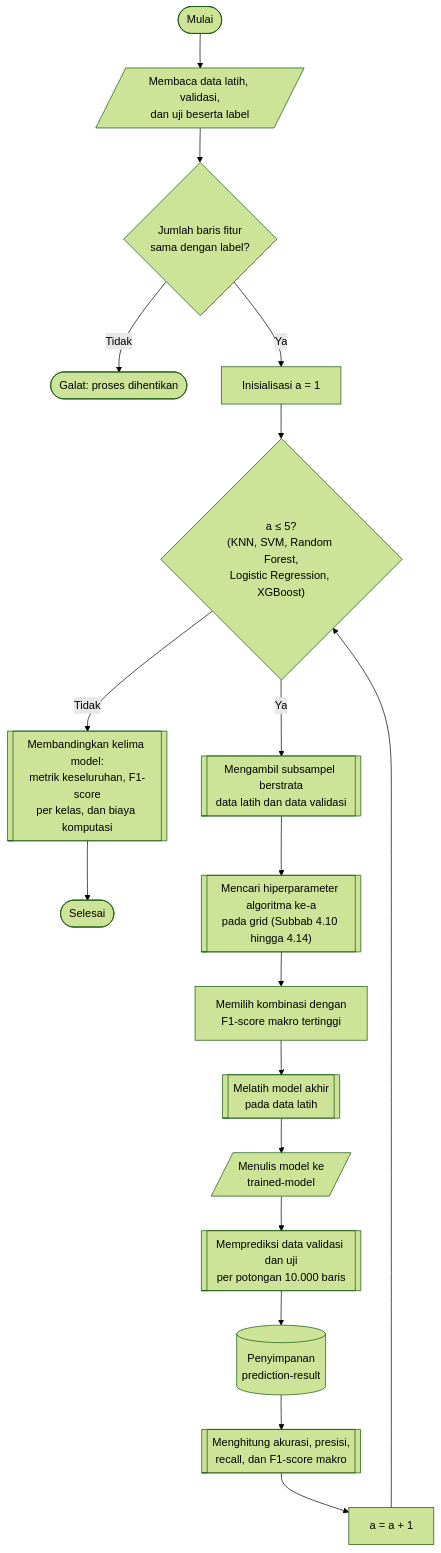
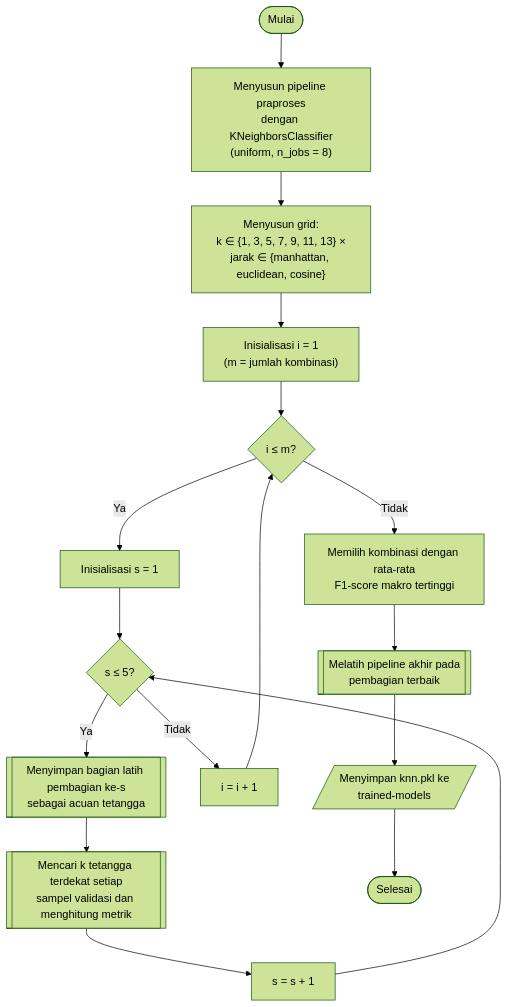
Before and after one commit to JoxNeis/mlids-robustness: the diagram in thesis/diagram/bab_04/diagram_04_09_01.mmd, drawn with Mermaid (forest theme). The commit also changed 80 other files, not shown here.

```diff
--- a/thesis/diagram/bab_04/diagram_04_09_01.mmd
+++ b/thesis/diagram/bab_04/diagram_04_09_01.mmd
@@ -1,20 +1,20 @@
 flowchart TD
     mulai(["Mulai"])
-    mulai --> input_data[/"Membaca data latih, validasi,<br>dan uji beserta label"/]
-    input_data --> cek_baris{"Jumlah baris fitur<br>sama dengan label?"}
-    cek_baris -->|"Tidak"| galat(["Galat: proses dihentikan"])
-    cek_baris -->|"Ya"| init_a["Inisialisasi a = 1"]
-    init_a --> cek_a{"a ≤ 5?<br>(KNN, SVM, Random Forest,<br>Logistic Regression, XGBoost)"}
+    mulai --> pipeline["Menyusun pipeline praproses<br>dengan KNeighborsClassifier<br>(uniform, n_jobs = 8)"]
+    pipeline --> grid["Menyusun grid:<br>k ∈ {1, 3, 5, 7, 9, 11, 13} ×<br>jarak ∈ {manhattan, euclidean, cosine}"]
+    grid --> init_i["Inisialisasi i = 1<br>(m = jumlah kombinasi)"]
+    init_i --> cek_i{"i ≤ m?"}
 
-    cek_a -->|"Tidak"| banding[["Membandingkan kelima model:<br>metrik keseluruhan, F1-score<br>per kelas, dan biaya komputasi"]]
-    banding --> selesai(["Selesai"])
-    cek_a -->|"Ya"| subsampel[["Mengambil subsampel berstrata<br>data latih dan data validasi"]]
-    subsampel --> cari[["Mencari hiperparameter algoritma ke-a<br>pada grid (Subbab 4.10 hingga 4.14)"]]
-    cari --> pilih["Memilih kombinasi dengan<br>F1-score makro tertinggi"]
-    pilih --> latih[["Melatih model akhir<br>pada data latih"]]
-    latih --> simpan_model[/"Menulis model ke<br>trained-model"/]
-    simpan_model --> prediksi[["Memprediksi data validasi dan uji<br>per potongan 10.000 baris"]]
-    prediksi --> simpan_pred[("Penyimpanan<br>prediction-result")]
-    simpan_pred --> hitung[["Menghitung akurasi, presisi,<br>recall, dan F1-score makro"]]
-    hitung --> inc_a["a = a + 1"]
-    inc_a --> cek_a
+    cek_i -->|"Ya"| init_s["Inisialisasi s = 1"]
+    init_s --> cek_s{"s ≤ 5?"}
+    cek_s -->|"Ya"| latih_s[["Menyimpan bagian latih pembagian ke-s<br>sebagai acuan tetangga"]]
+    latih_s --> nilai_s[["Mencari k tetangga terdekat setiap<br>sampel validasi dan menghitung metrik"]]
+    nilai_s --> inc_s["s = s + 1"]
+    inc_s --> cek_s
+    cek_s -->|"Tidak"| inc_i["i = i + 1"]
+    inc_i --> cek_i
+
+    cek_i -->|"Tidak"| pilih["Memilih kombinasi dengan rata-rata<br>F1-score makro tertinggi"]
+    pilih --> latih[["Melatih pipeline akhir pada<br>pembagian terbaik"]]
+    latih --> simpan[/"Menyimpan knn.pkl ke<br>trained-models"/]
+    simpan --> selesai(["Selesai"])
```
